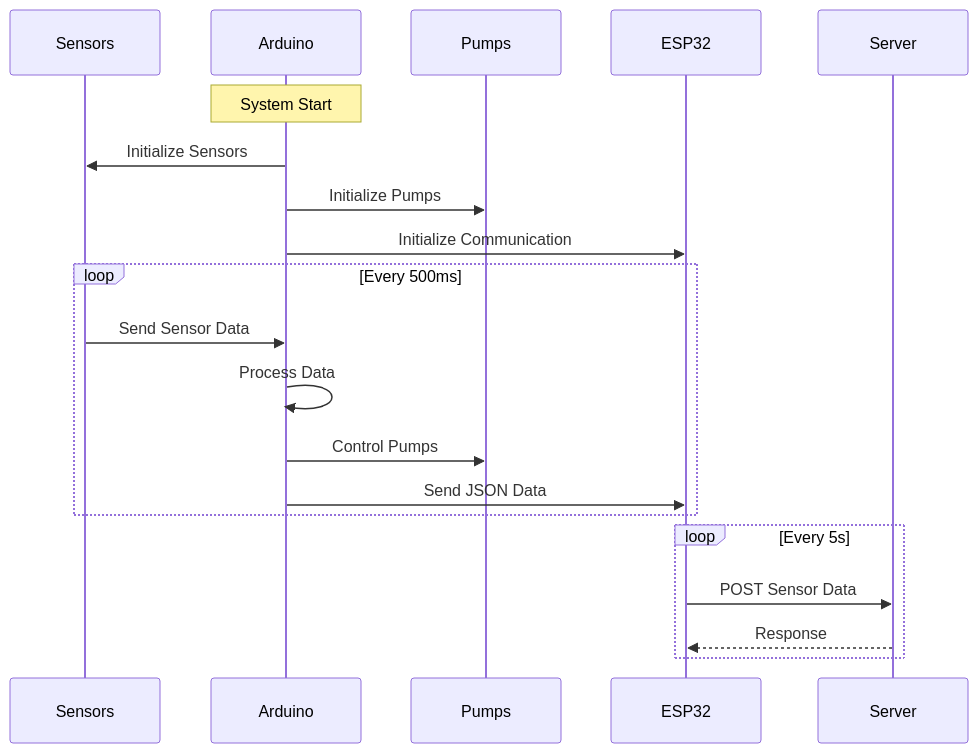
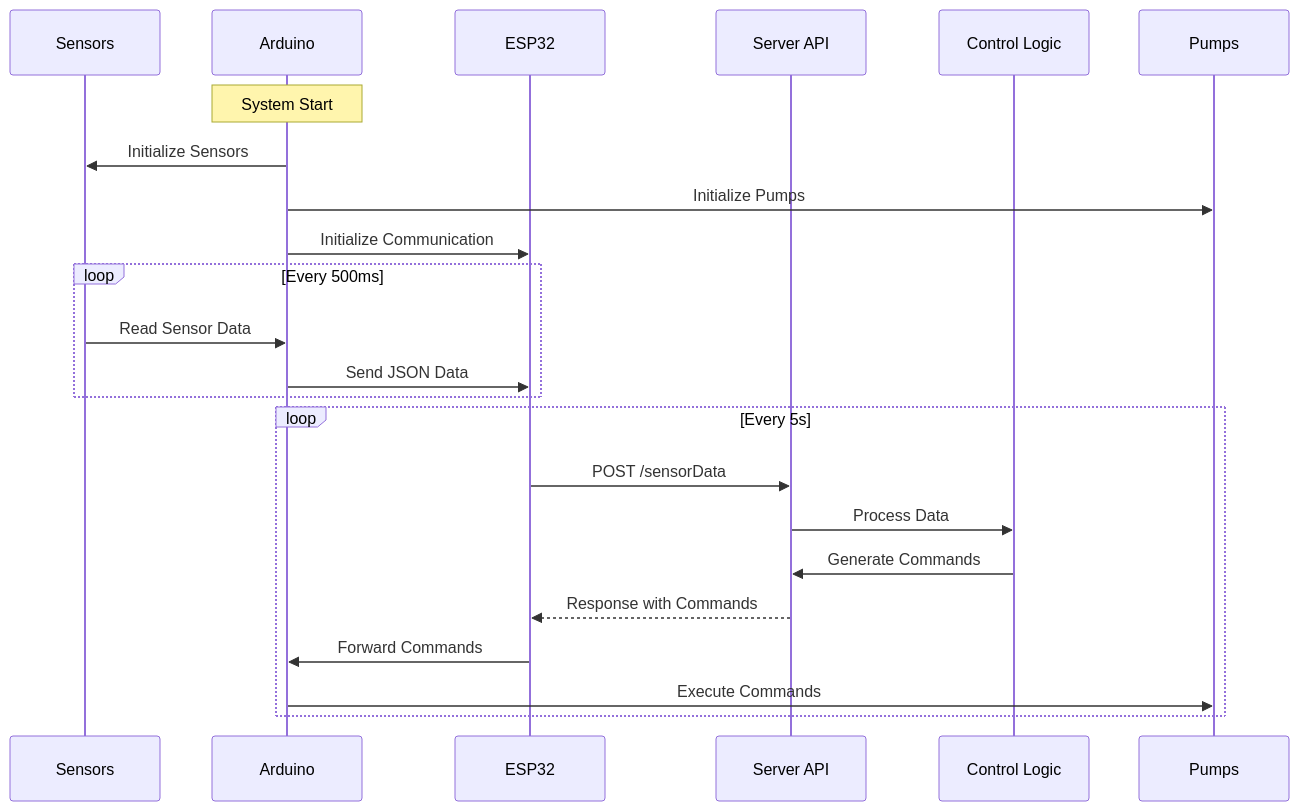
Before and after one commit to Hayle-HB/ecofarmIQ_AASTU: the third of 3 diagrams in IOT_Firmware/IOT_Firmware_ReadMe.md, drawn with Mermaid. The commit also changed other lines of this file and 6 other files, not shown here.

````diff
--- a/IOT_Firmware/IOT_Firmware_ReadMe.md
+++ b/IOT_Firmware/IOT_Firmware_ReadMe.md
@@ -51,25 +57,28 @@
 ```mermaid
 sequenceDiagram
     participant S as Sensors
     participant A as Arduino
+    participant E as ESP32
+    participant API as Server API
+    participant C as Control Logic
     participant P as Pumps
-    participant E as ESP32
-    participant Srv as Server
 
     Note over A: System Start
     A->>S: Initialize Sensors
     A->>P: Initialize Pumps
     A->>E: Initialize Communication
 
     loop Every 500ms
-        S->>A: Send Sensor Data
-        A->>A: Process Data
-        A->>P: Control Pumps
+        S->>A: Read Sensor Data
         A->>E: Send JSON Data
     end
 
     loop Every 5s
-        E->>Srv: POST Sensor Data
-        Srv-->>E: Response
+        E->>API: POST /sensorData
+        API->>C: Process Data
+        C->>API: Generate Commands
+        API-->>E: Response with Commands
+        E->>A: Forward Commands
+        A->>P: Execute Commands
     end
 ```
````
